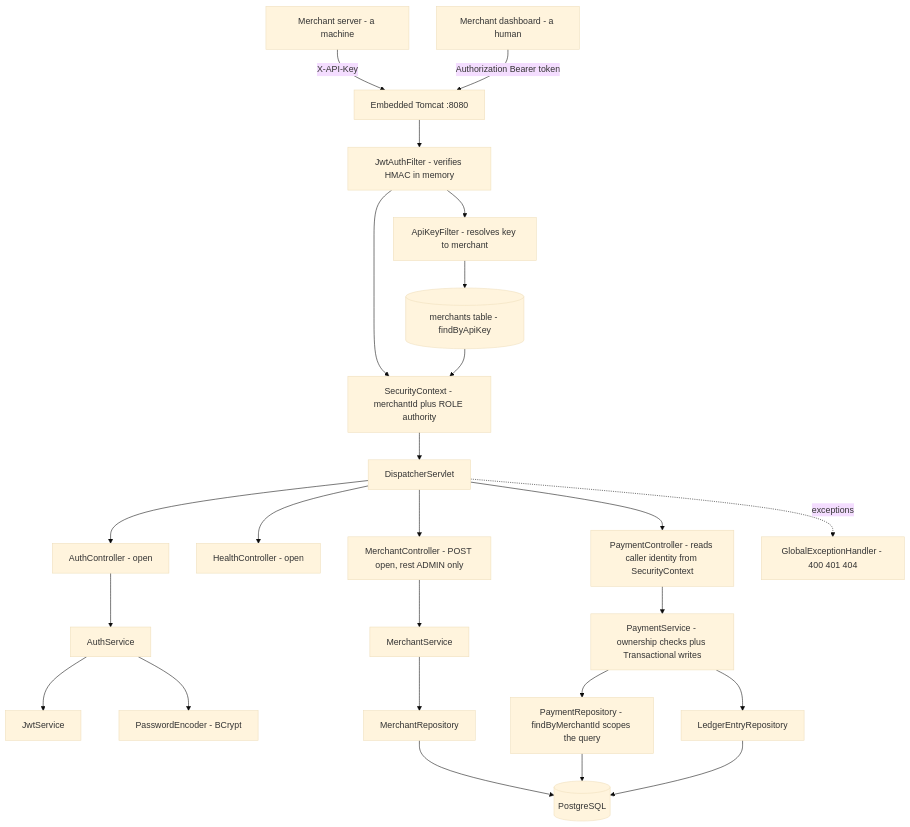
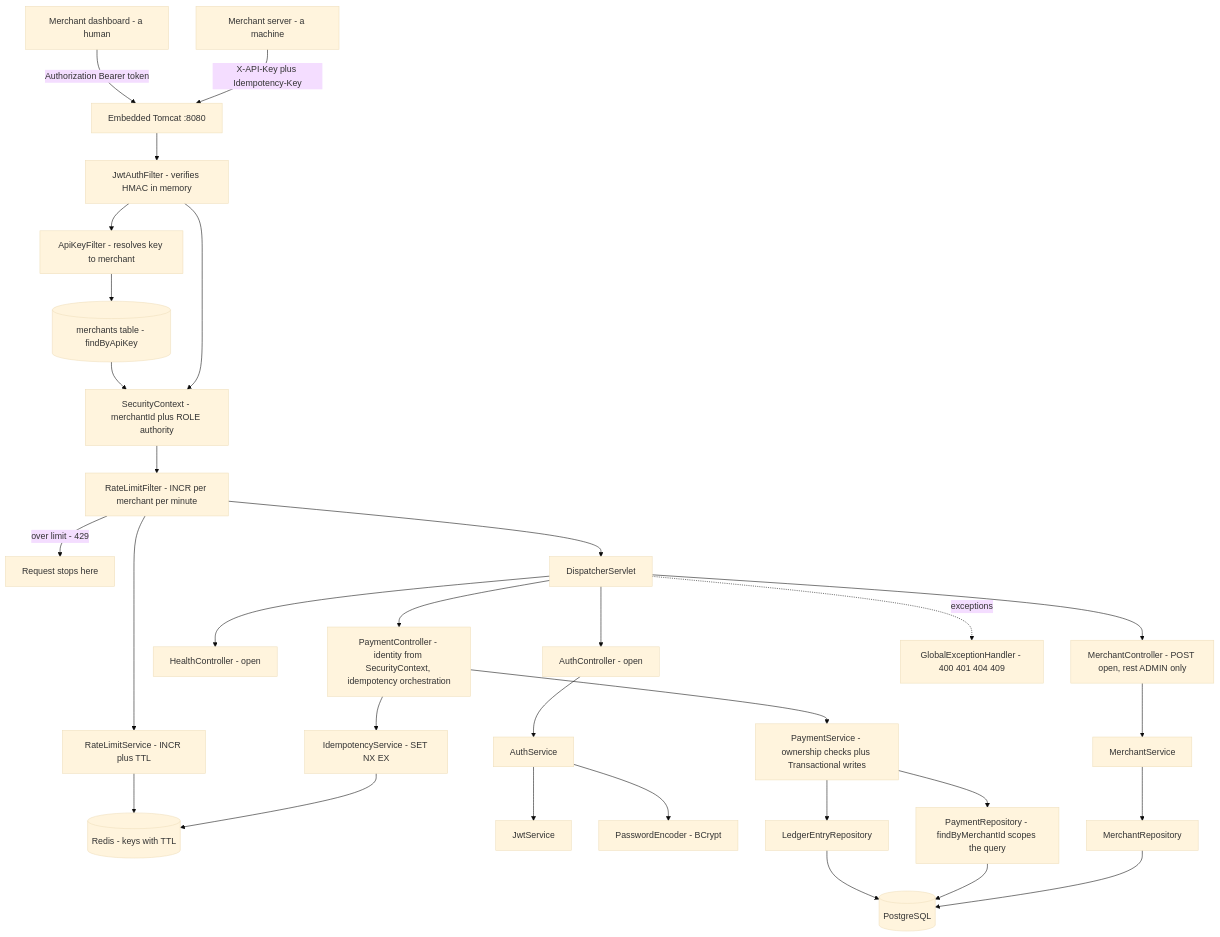
Before and after one commit to ARV0007/transakt: the diagram in docs/architecture.md, drawn with Mermaid (base theme). The commit also changed other lines of this file and 3 other files, not shown here.

Commit message:
docs: Day 10 complete - Redis idempotency and rate limiting, architecture v1.0

````diff
--- a/docs/architecture.md
+++ b/docs/architecture.md
@@ -5,29 +5,35 @@
 ```mermaid
 flowchart TD
   server[Merchant server - a machine]
   human[Merchant dashboard - a human]
-  server -->|X-API-Key| tomcat[Embedded Tomcat :8080]
+  server -->|X-API-Key plus Idempotency-Key| tomcat[Embedded Tomcat :8080]
   human -->|Authorization Bearer token| tomcat
   tomcat --> jaf[JwtAuthFilter - verifies HMAC in memory]
   jaf --> akf[ApiKeyFilter - resolves key to merchant]
   akf --> lookup[(merchants table - findByApiKey)]
   jaf --> ctx[SecurityContext - merchantId plus ROLE authority]
   lookup --> ctx
-  ctx --> dispatcher[DispatcherServlet]
+  ctx --> rlf[RateLimitFilter - INCR per merchant per minute]
+  rlf -->|over limit - 429| reject[Request stops here]
+  rlf --> dispatcher[DispatcherServlet]
   dispatcher --> ac[AuthController - open]
   dispatcher --> health[HealthController - open]
   dispatcher --> mc[MerchantController - POST open, rest ADMIN only]
-  dispatcher --> pc[PaymentController - reads caller identity from SecurityContext]
-  dispatcher -.->|exceptions| geh[GlobalExceptionHandler - 400 401 404]
+  dispatcher --> pc[PaymentController - identity from SecurityContext, idempotency orchestration]
+  dispatcher -.->|exceptions| geh[GlobalExceptionHandler - 400 401 404 409]
+  pc --> idem[IdempotencyService - SET NX EX]
+  rlf --> rate[RateLimitService - INCR plus TTL]
+  idem --> redis[(Redis - keys with TTL)]
+  rate --> redis
   ac --> as[AuthService]
   as --> js[JwtService]
   as --> pe[PasswordEncoder - BCrypt]
   mc --> ms[MerchantService]
   pc --> ps[PaymentService - ownership checks plus Transactional writes]
   ms --> mr[MerchantRepository]
   ps --> pr[PaymentRepository - findByMerchantId scopes the query]
   ps --> lr[LedgerEntryRepository]
   mr --> db[(PostgreSQL)]
   pr --> db
   lr --> db
 ```
````
